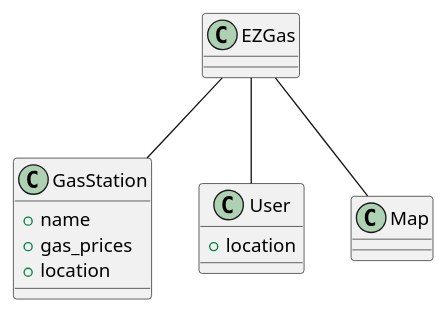
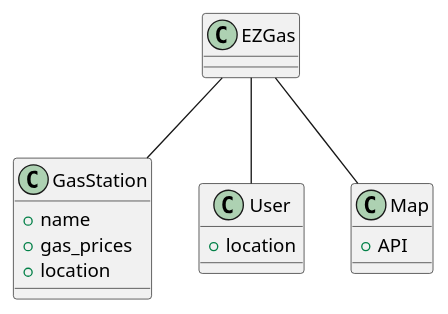
One commit to SoftengPoliTo/Lab2 changed the third of 5 diagrams in REQ_s280114.md. Above: the diagram before and after it, drawn with PlantUML.

Commit message:
Added glossary to REQ_s280114.md

````diff
--- a/REQ_s280114.md
+++ b/REQ_s280114.md
@@ -161,21 +161,23 @@
 ```plantuml
 @startuml
 class EZGas
 
 class GasStation{
     +name
     +gas_prices
     +location
 }
 
 class User{
     +location
 }
 
-class Map
+class Map{
+    +API
+}
 
 EZGas -- GasStation
 EZGas -- User
 EZGas -- Map
 @enduml
 ```
````
